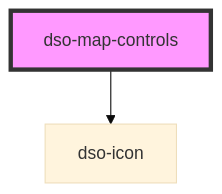
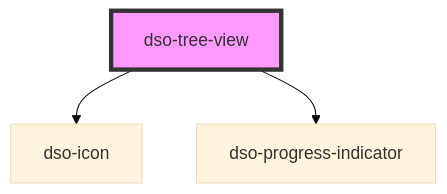
The diagram in packages/core/src/components/tree-view/readme.md (dso-toolkit/dso-toolkit), drawn with Mermaid (base theme) before and after one commit. The commit also changed other lines of this file and 4 other files, not shown here.

Commit message:
#552 Tree view web-component: integration tests

````diff
--- a/packages/core/src/components/tree-view/readme.md
+++ b/packages/core/src/components/tree-view/readme.md
@@ -31,5 +32,6 @@
 ```mermaid
 graph TD;
-  dso-map-controls --> dso-icon
-  style dso-map-controls fill:#f9f,stroke:#333,stroke-width:4px
+  dso-tree-view --> dso-icon
+  dso-tree-view --> dso-progress-indicator
+  style dso-tree-view fill:#f9f,stroke:#333,stroke-width:4px
 ```
````
